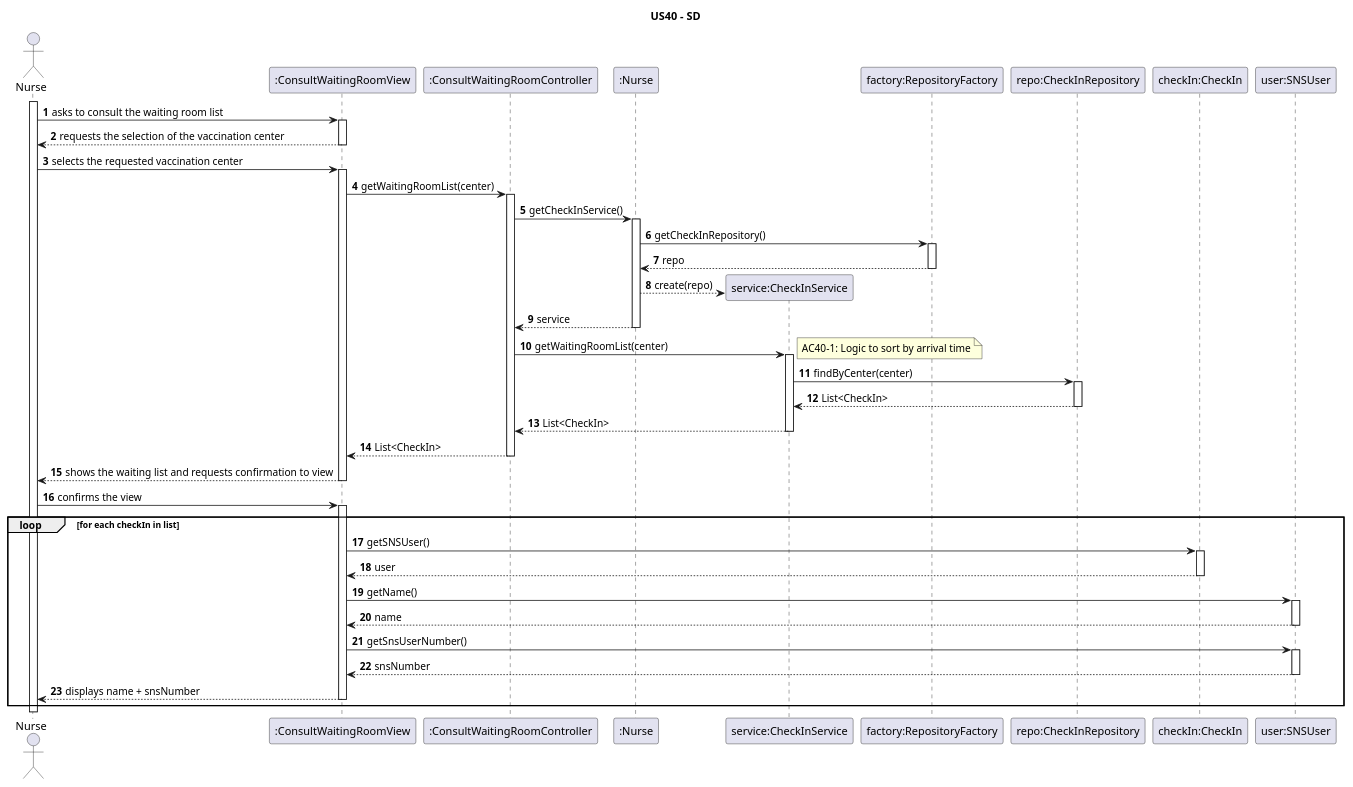
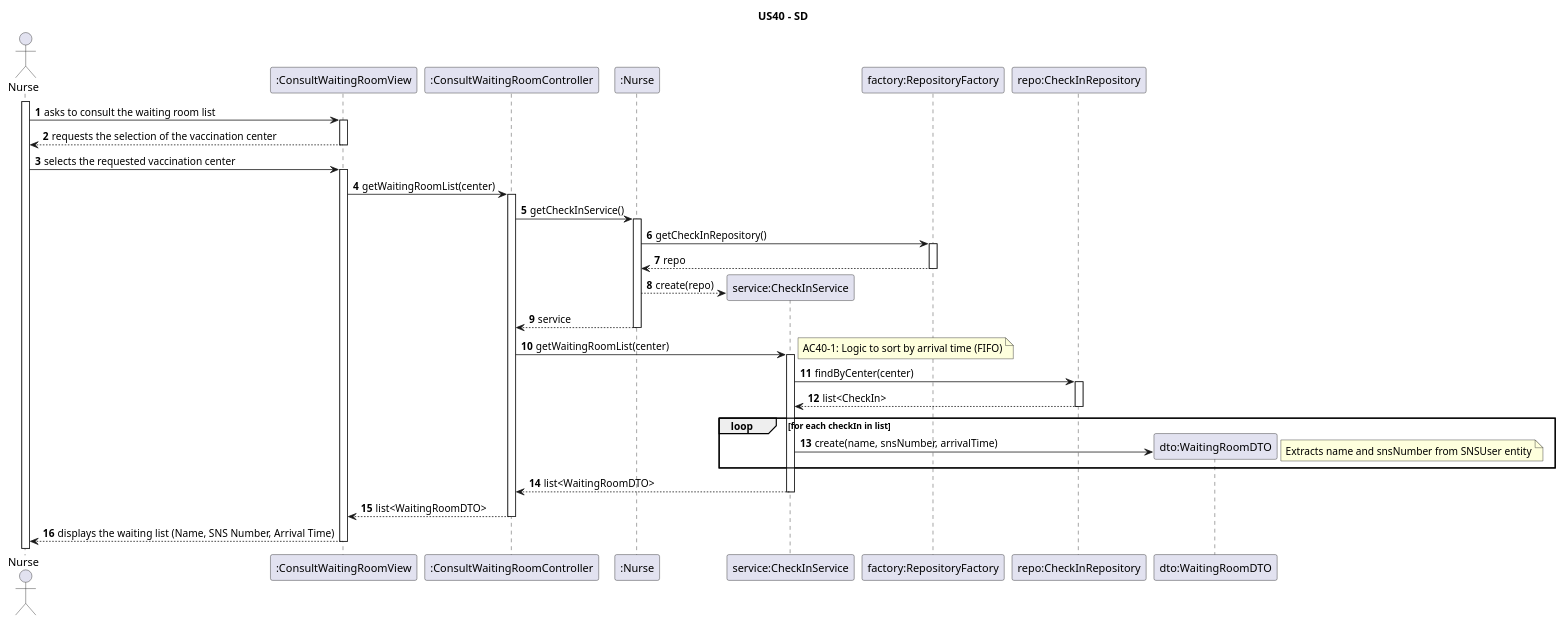
One commit to luluisfcm/leti-esoft-25-26-B5 changed the diagram in docs/system-documentation/US40/puml/US40-SD.puml. Above: the diagram before and after it, drawn with PlantUML. The commit also changed 8 other files, not shown here.

```diff
--- a/docs/system-documentation/US40/puml/US40-SD.puml
+++ b/docs/system-documentation/US40/puml/US40-SD.puml
@@ -1,56 +1,52 @@
 @startuml
-'https://plantuml.com/sequence-diagram
-
 autoactivate on
 autonumber
 
 title US40 - SD
 
 actor "Nurse" as NurseActor
 participant ":ConsultWaitingRoomView" as UI
 participant ":ConsultWaitingRoomController" as Ctrl
 participant ":Nurse" as Nurse
 participant "service:CheckInService" as Service
 participant "factory:RepositoryFactory" as Factory
 participant "repo:CheckInRepository" as Repo
-participant "checkIn:CheckIn" as CheckIn
-participant "user:SNSUser" as User
+participant "dto:WaitingRoomDTO" as DTO
 
 activate NurseActor
 
 NurseActor -> UI: asks to consult the waiting room list
 UI --> NurseActor: requests the selection of the vaccination center
 
 NurseActor -> UI: selects the requested vaccination center
 UI -> Ctrl: getWaitingRoomList(center)
 
-' Obtenção do serviço via Nurse/Factory (Seguindo o Molde)
+' Obtenção do serviço via Nurse/Factory
 Ctrl -> Nurse: getCheckInService()
 Nurse -> Factory : getCheckInRepository()
 Factory --> Nurse: repo
 Nurse --> Service**: create(repo)
 Nurse --> Ctrl: service
 
-' Obtenção da lista ordenada
+' Obtenção da lista e conversão para DTO no Serviço
 Ctrl -> Service: getWaitingRoomList(center)
-note right: AC40-1: Logic to sort by arrival time
+note right: AC40-1: Logic to sort by arrival time (FIFO)
 Service -> Repo: findByCenter(center)
-Repo --> Service: List<CheckIn>
-Service --> Ctrl: List<CheckIn>
-Ctrl --> UI: List<CheckIn>
+Repo --> Service: list<CheckIn>
 
-UI --> NurseActor: shows the waiting list and requests confirmation to view
+loop for each checkIn in list
+    Service -> DTO**: create(name, snsNumber, arrivalTime)
+    note right: Extracts name and snsNumber from SNSUser entity
+end
 
-' Iteração sobre os dados após confirmação
-NurseActor -> UI: confirms the view
-loop for each checkIn in list
-    UI -> CheckIn: getSNSUser()
-    CheckIn --> UI: user
-    UI -> User: getName()
-    User --> UI: name
-    UI -> User: getSnsUserNumber()
-    User --> UI: snsNumber
-    UI --> NurseActor: displays name + snsNumber
-end loop
+Service --> Ctrl: list<WaitingRoomDTO>
+deactivate Service
+
+Ctrl --> UI: list<WaitingRoomDTO>
+deactivate Ctrl
+
+' Exibição dos dados simplificados
+UI --> NurseActor: displays the waiting list (Name, SNS Number, Arrival Time)
+deactivate UI
 
 @enduml
```
